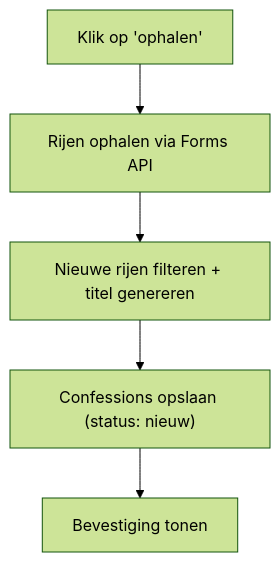
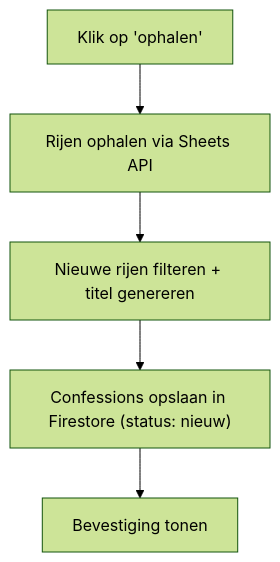
Before and after one commit to m-vanrompuy/confessor: the second of 3 diagrams in README.md, drawn with Mermaid (forest theme). The commit also changed other lines of this file and 61 other files, not shown here.

````diff
--- a/README.md
+++ b/README.md
@@ -124,7 +125,7 @@
 ```mermaid
 flowchart TD
-    A[Klik op 'ophalen'] --> B[Rijen ophalen via Forms API]
+    A[Klik op 'ophalen'] --> B[Rijen ophalen via Sheets API]
     B --> C[Nieuwe rijen filteren + titel genereren]
-    C --> D["Confessions opslaan (status: nieuw)"]
+    C --> D["Confessions opslaan in Firestore (status: nieuw)"]
     D --> E[Bevestiging tonen]
 ```
````
